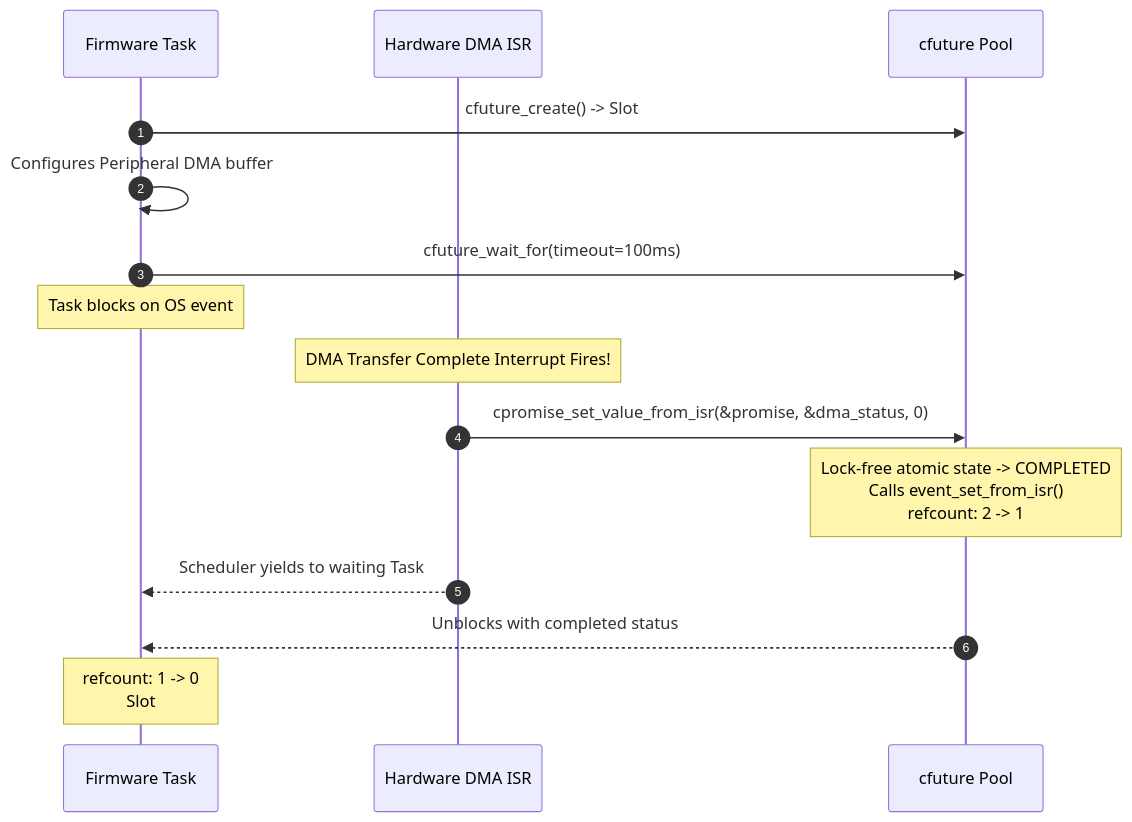
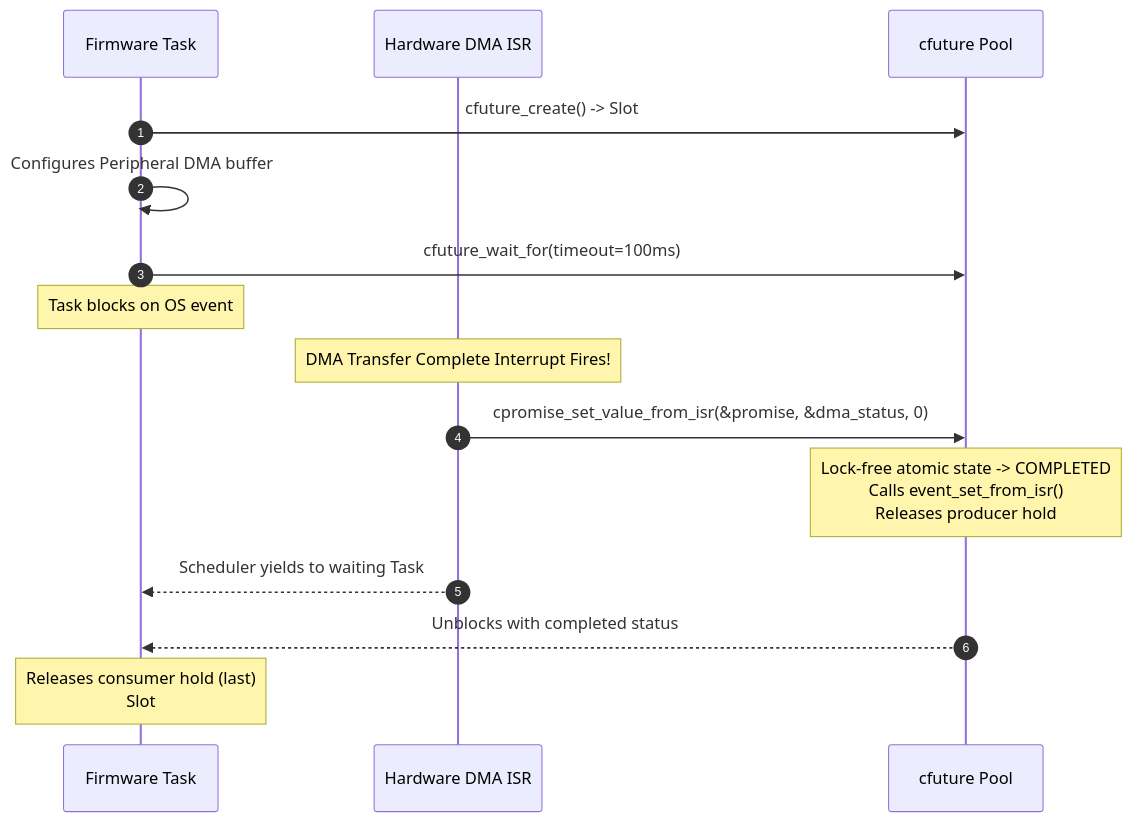
One commit to Mrunmoy/janus changed the sixth of 6 diagrams in README.md. Above: the diagram before and after it, drawn with Mermaid. The commit also changed other lines of this file and 7 other files, not shown here.

````diff
--- a/README.md
+++ b/README.md
@@ -456,18 +462,18 @@
 ```mermaid
 sequenceDiagram
     autonumber
     participant App as Firmware Task
     participant ISR as Hardware DMA ISR
     participant P as cfuture Pool
 
     App->>P: cfuture_create() -> Slot #1
     App->>App: Configures Peripheral DMA buffer
     App->>P: cfuture_wait_for(timeout=100ms)
     Note over App: Task blocks on OS event
     Note over ISR: DMA Transfer Complete Interrupt Fires!
     ISR->>P: cpromise_set_value_from_isr(&promise, &dma_status, 0)
-    Note over P: Lock-free atomic state -> COMPLETED<br/>Calls event_set_from_isr()<br/>refcount: 2 -> 1
+    Note over P: Lock-free atomic state -> COMPLETED<br/>Calls event_set_from_isr()<br/>Releases producer hold
     ISR-->>App: Scheduler yields to waiting Task
     P-->>App: Unblocks with completed status
-    Note over App: refcount: 1 -> 0<br/>Slot #1 recycled
+    Note over App: Releases consumer hold (last)<br/>Slot #1 recycled
 ```
````
